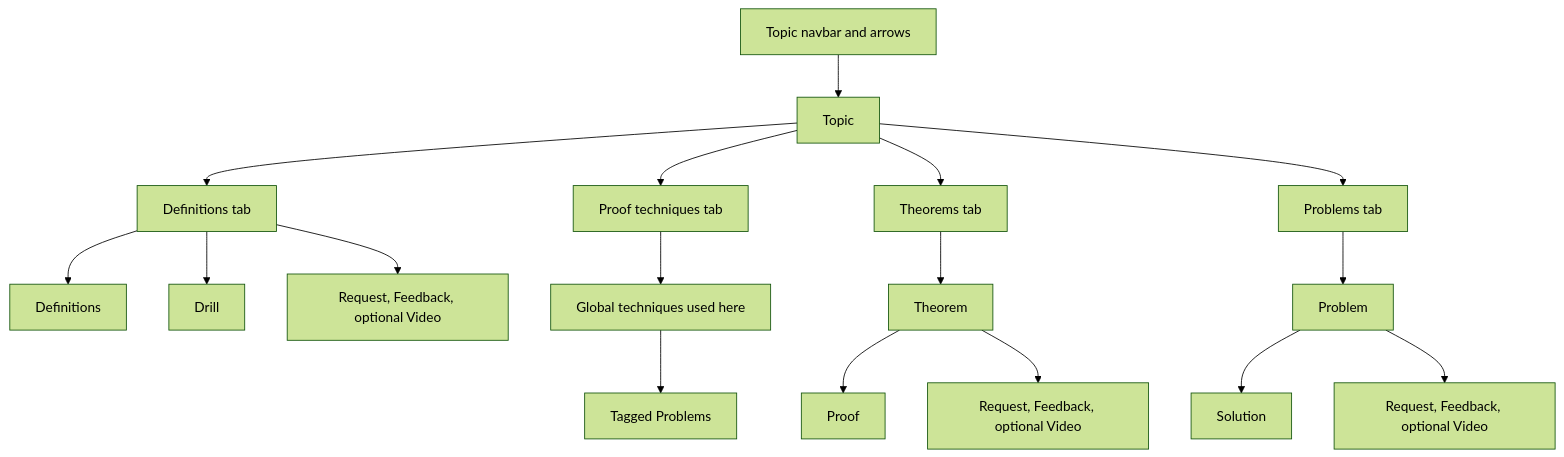
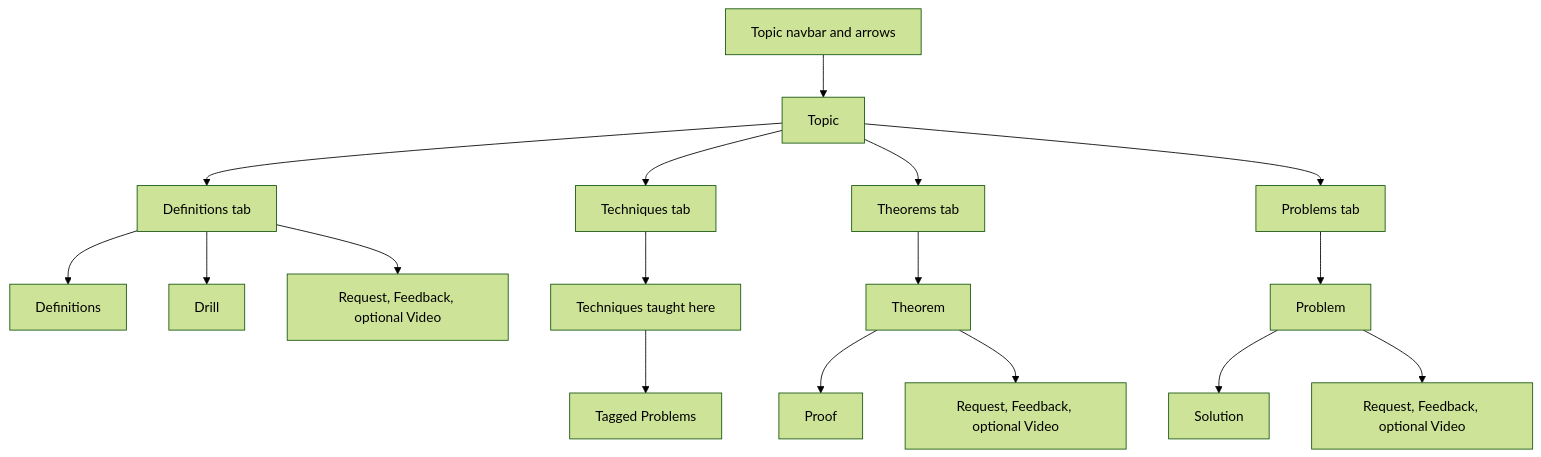
One commit to Yuxiang-Huang/21-127.com changed the diagram in README.md. Above: the diagram before and after it, drawn with Mermaid (forest theme). The commit also changed other lines of this file and 1 other file, not shown here.

Commit message:
Pin the Functions TeX library and rename Proof technique to Technique.
A Technique is filed under the Topic that teaches it.

````diff
--- a/README.md
+++ b/README.md
@@ -7,20 +7,20 @@
 ```mermaid
 flowchart TD
   navbar["Topic navbar and arrows"]
   navbar --> topic[Topic]
   topic --> defTab["Definitions tab"]
-  topic --> techTab["Proof techniques tab"]
+  topic --> techTab["Techniques tab"]
   topic --> thmTab["Theorems tab"]
   topic --> probTab["Problems tab"]
   defTab --> definitions[Definitions]
   defTab --> drill[Drill]
   defTab --> tabSignals["Request, Feedback, optional Video"]
-  techTab --> techniques["Global techniques used here"]
+  techTab --> techniques["Techniques taught here"]
   techniques --> tagged["Tagged Problems"]
   thmTab --> theorem[Theorem]
   theorem --> proof[Proof]
   theorem --> itemSignals["Request, Feedback, optional Video"]
   probTab --> problem[Problem]
   problem --> solution[Solution]
   problem --> itemSignals2["Request, Feedback, optional Video"]
 ```
````
